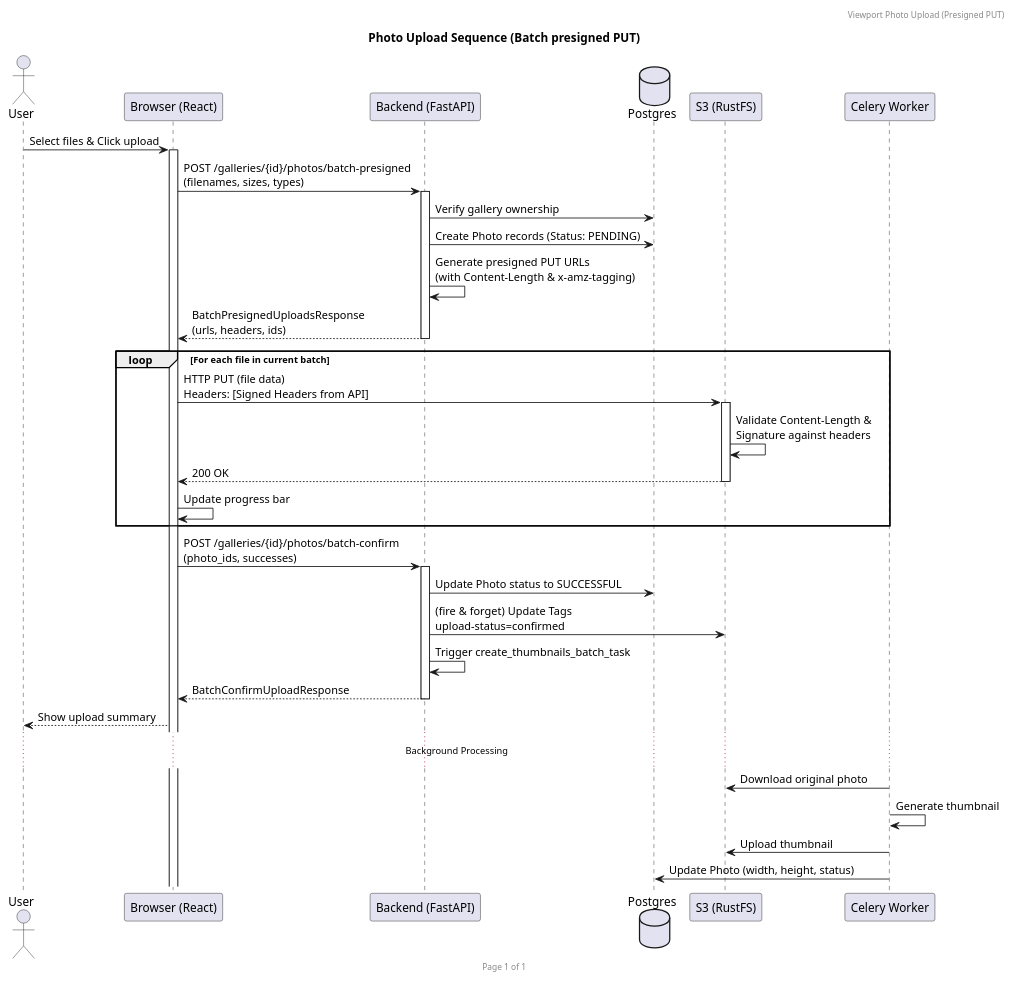
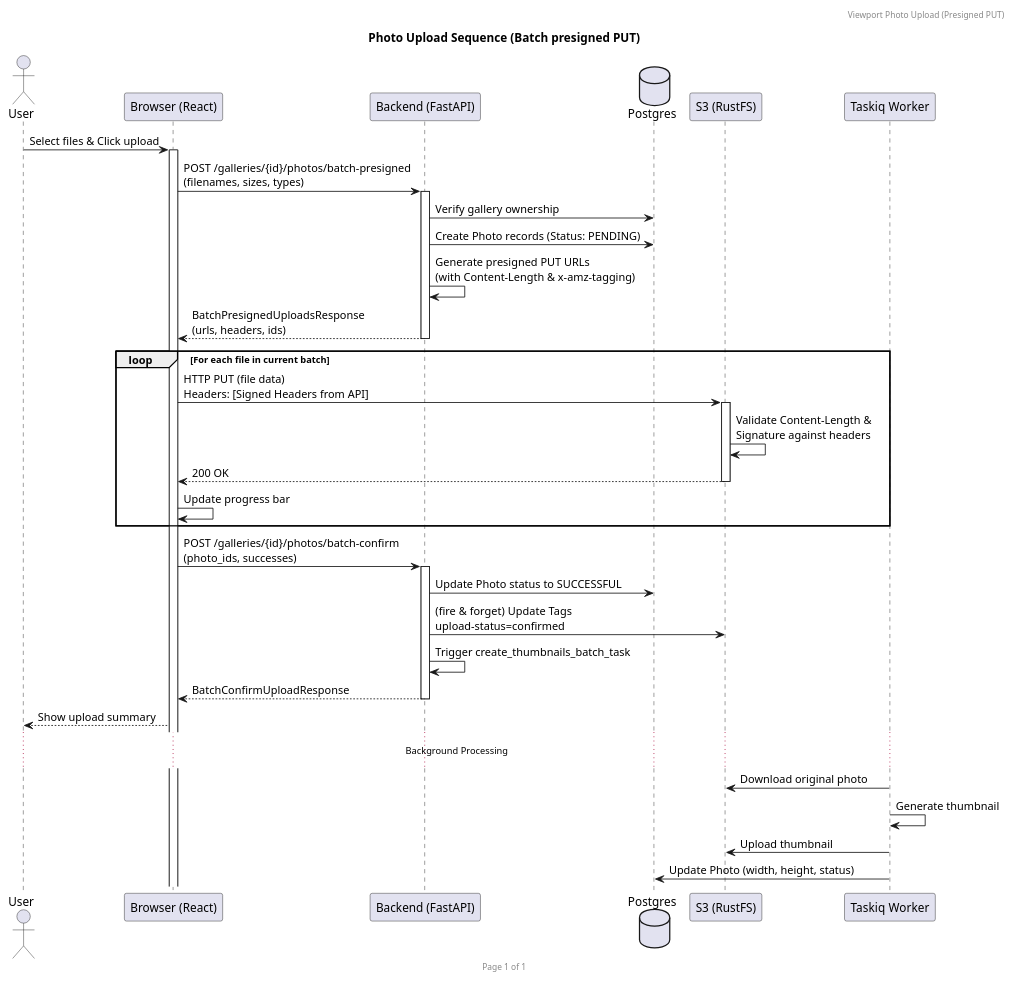
One commit to SamuraJey/viewport changed the diagram in docs/photo_sequence_v2.puml. Above: the diagram before and after it, drawn with PlantUML. The commit also changed 32 other files, not shown here.

```diff
--- a/docs/photo_sequence_v2.puml
+++ b/docs/photo_sequence_v2.puml
@@ -1,50 +1,50 @@
 @startuml photo_sequence_v2
 header Viewport Photo Upload (Presigned PUT)
 footer Page %page% of %lastpage%
 title Photo Upload Sequence (Batch presigned PUT)
 
 actor User
 participant "Browser (React)" as UI
 participant "Backend (FastAPI)" as API
 database "Postgres" as DB
 participant "S3 (RustFS)" as S3
-participant "Celery Worker" as Worker
+participant "Taskiq Worker" as Worker
 
 User -> UI: Select files & Click upload
 activate UI
 
 UI -> API: POST /galleries/{id}/photos/batch-presigned\n(filenames, sizes, types)
 activate API
 API -> DB: Verify gallery ownership
 API -> DB: Create Photo records (Status: PENDING)
 API -> API: Generate presigned PUT URLs\n(with Content-Length & x-amz-tagging)
 API --> UI: BatchPresignedUploadsResponse\n(urls, headers, ids)
 deactivate API
 
 loop For each file in current batch
     UI -> S3: HTTP PUT (file data)\nHeaders: [Signed Headers from API]
     activate S3
     S3 -> S3: Validate Content-Length &\nSignature against headers
     S3 --> UI: 200 OK
     deactivate S3
     UI -> UI: Update progress bar
 end
 
 UI -> API: POST /galleries/{id}/photos/batch-confirm\n(photo_ids, successes)
 activate API
 API -> DB: Update Photo status to SUCCESSFUL
 API -> S3: (fire & forget) Update Tags\nupload-status=confirmed
 API -> API: Trigger create_thumbnails_batch_task
 API --> UI: BatchConfirmUploadResponse
 deactivate API
 
 UI --> User: Show upload summary
 
 ... Background Processing ...
 
 Worker -> S3: Download original photo
 Worker -> Worker: Generate thumbnail
 Worker -> S3: Upload thumbnail
 Worker -> DB: Update Photo (width, height, status)
 
 @enduml
```
